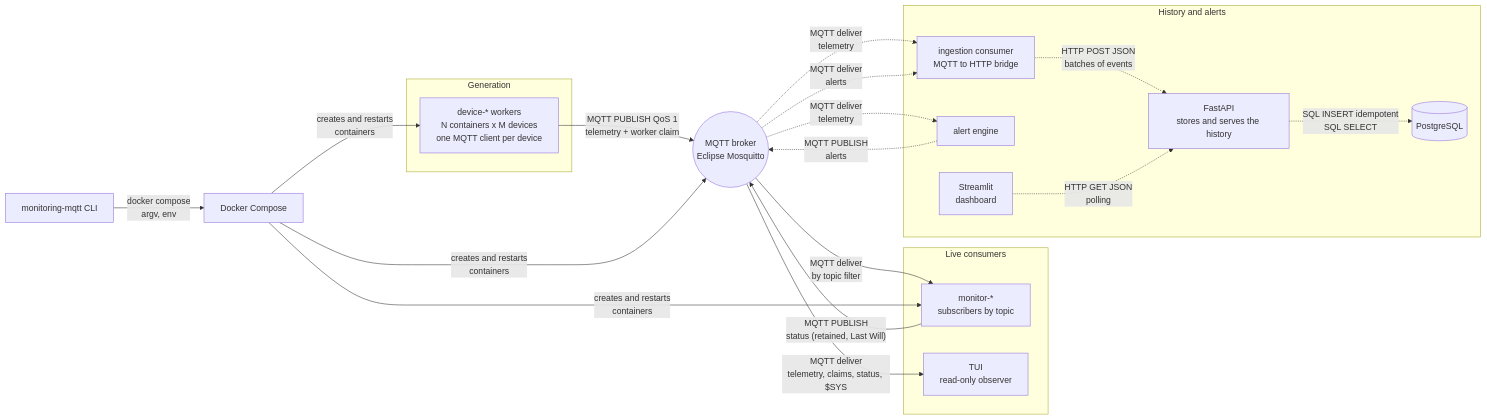
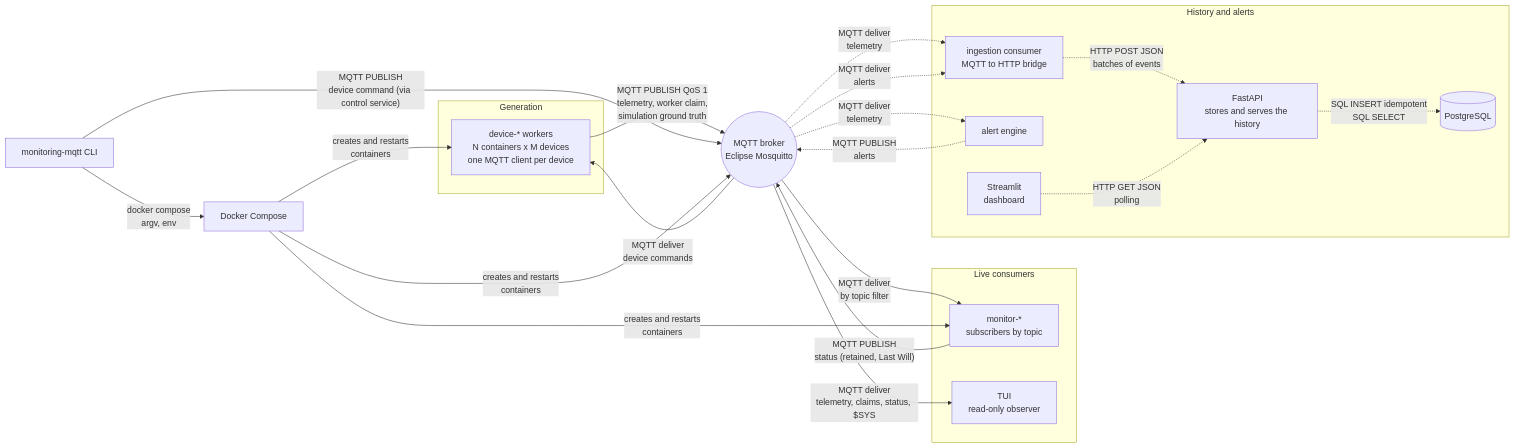
Before and after one commit to Mariojamjam/monitoring-mqtt: the first of 5 diagrams in docs/design.md, drawn with Mermaid. The commit also changed other lines of this file and 7 other files, not shown here.

````diff
--- a/docs/design.md
+++ b/docs/design.md
@@ -21,40 +21,42 @@
 ```mermaid
 flowchart LR
   subgraph GEN["Generation"]
     DEV["device-* workers<br/>N containers x M devices<br/>one MQTT client per device"]
   end
 
   BROKER(("MQTT broker<br/>Eclipse Mosquitto"))
 
   subgraph LIVE["Live consumers"]
     MON["monitor-*<br/>subscribers by topic"]
     TUI["TUI<br/>read-only observer"]
   end
 
   subgraph HIST["History and alerts"]
     PER["ingestion consumer<br/>MQTT to HTTP bridge"]
     ALR["alert engine"]
     DB[("PostgreSQL")]
     API["FastAPI<br/>stores and serves the history"]
     ST["Streamlit<br/>dashboard"]
   end
 
   CLI["monitoring-mqtt CLI"]
   DOCKER["Docker Compose"]
 
-  DEV -- "MQTT PUBLISH QoS 1<br/>telemetry + worker claim" --> BROKER
+  DEV -- "MQTT PUBLISH QoS 1<br/>telemetry, worker claim,<br/>simulation ground truth" --> BROKER
+  BROKER -- "MQTT deliver<br/>device commands" --> DEV
   BROKER -- "MQTT deliver<br/>by topic filter" --> MON
   MON -- "MQTT PUBLISH<br/>status (retained, Last Will)" --> BROKER
   BROKER -- "MQTT deliver<br/>telemetry, claims, status, $SYS" --> TUI
 
   BROKER -. "MQTT deliver<br/>telemetry" .-> PER
   BROKER -. "MQTT deliver<br/>telemetry" .-> ALR
   ALR -. "MQTT PUBLISH<br/>alerts" .-> BROKER
   BROKER -. "MQTT deliver<br/>alerts" .-> PER
   PER -. "HTTP POST JSON<br/>batches of events" .-> API
   API -. "SQL INSERT idempotent<br/>SQL SELECT" .-> DB
   ST -. "HTTP GET JSON<br/>polling" .-> API
 
   CLI -- "docker compose<br/>argv, env" --> DOCKER
+  CLI -- "MQTT PUBLISH<br/>device command (via control service)" --> BROKER
   DOCKER -- "creates and restarts<br/>containers" --> DEV & BROKER & MON
 ```
````
